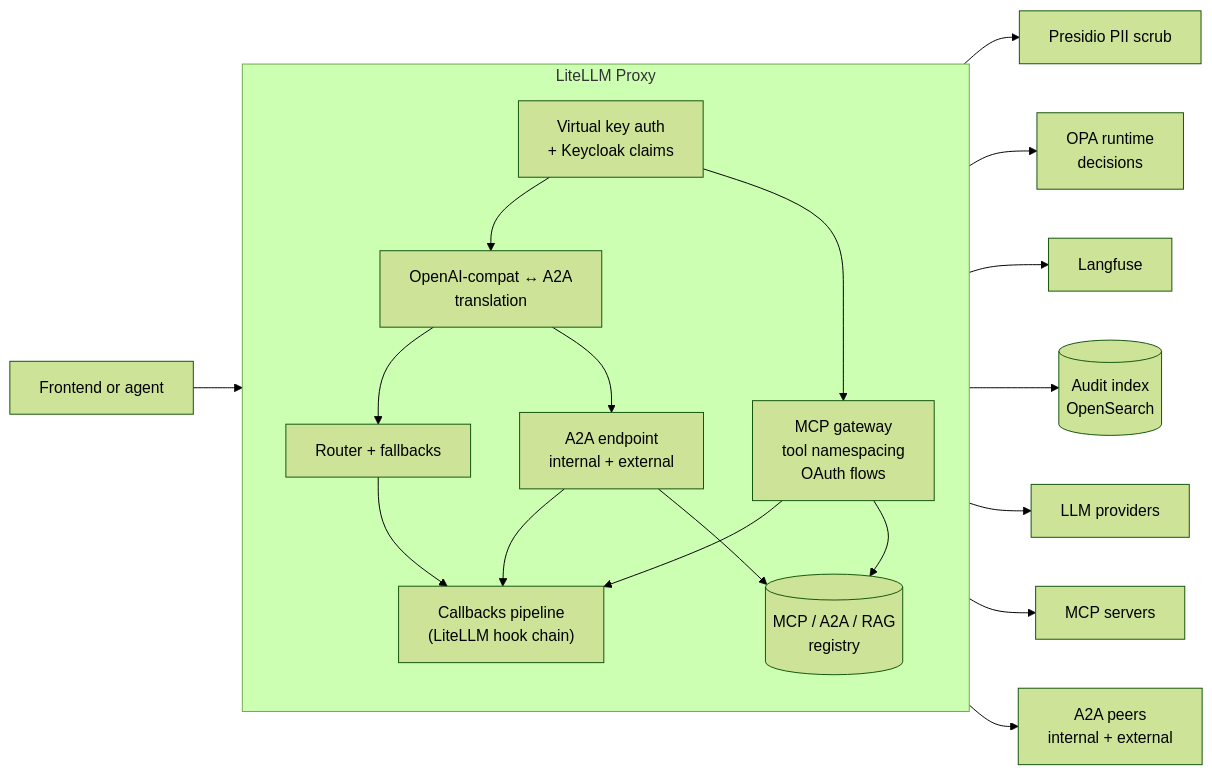
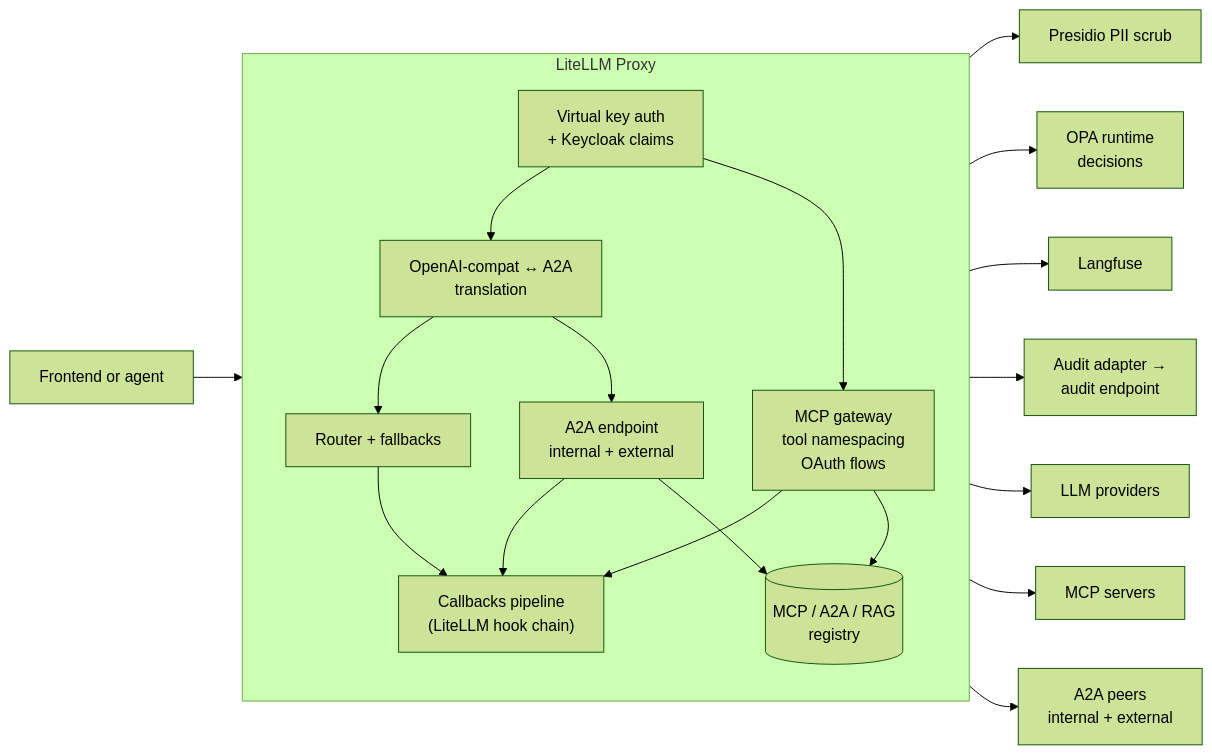
The second of 21 diagrams in architecture-overview.md (lago-morph/agent-os), drawn with Mermaid (forest theme) before and after one commit. The commit also changed other lines of this file, not shown here.

````diff
--- a/architecture-overview.md
+++ b/architecture-overview.md
@@ -172,39 +172,39 @@
 ```mermaid
 flowchart LR
   CLIENT[Frontend or agent]
   subgraph LL[LiteLLM Proxy]
     direction TB
     AUTH[Virtual key auth<br/>+ Keycloak claims]
     XLAT["OpenAI-compat ↔ A2A<br/>translation"]
     ROUTE[Router + fallbacks]
     MCPGW[MCP gateway<br/>tool namespacing<br/>OAuth flows]
     A2A[A2A endpoint<br/>internal + external]
     CB["Callbacks pipeline<br/>(LiteLLM hook chain)"]
     REG[(MCP / A2A / RAG<br/>registry)]
   end
   PII[Presidio PII scrub]
   OPA[OPA runtime<br/>decisions]
   LF[Langfuse]
-  AUD[(Audit index<br/>OpenSearch)]
+  AUD[Audit adapter →<br/>audit endpoint]
   PROV[LLM providers]
   MCPS[MCP servers]
   AGENTS[A2A peers<br/>internal + external]
 
   CLIENT --> AUTH
   AUTH --> XLAT
   XLAT --> ROUTE
   XLAT --> A2A
   AUTH --> MCPGW
   ROUTE --> CB
   MCPGW --> CB
   A2A --> CB
   CB --> PII
   CB --> OPA
   CB --> LF
   CB --> AUD
   ROUTE --> PROV
   MCPGW --> REG
   MCPGW --> MCPS
   A2A --> REG
   A2A --> AGENTS
 ```
````
